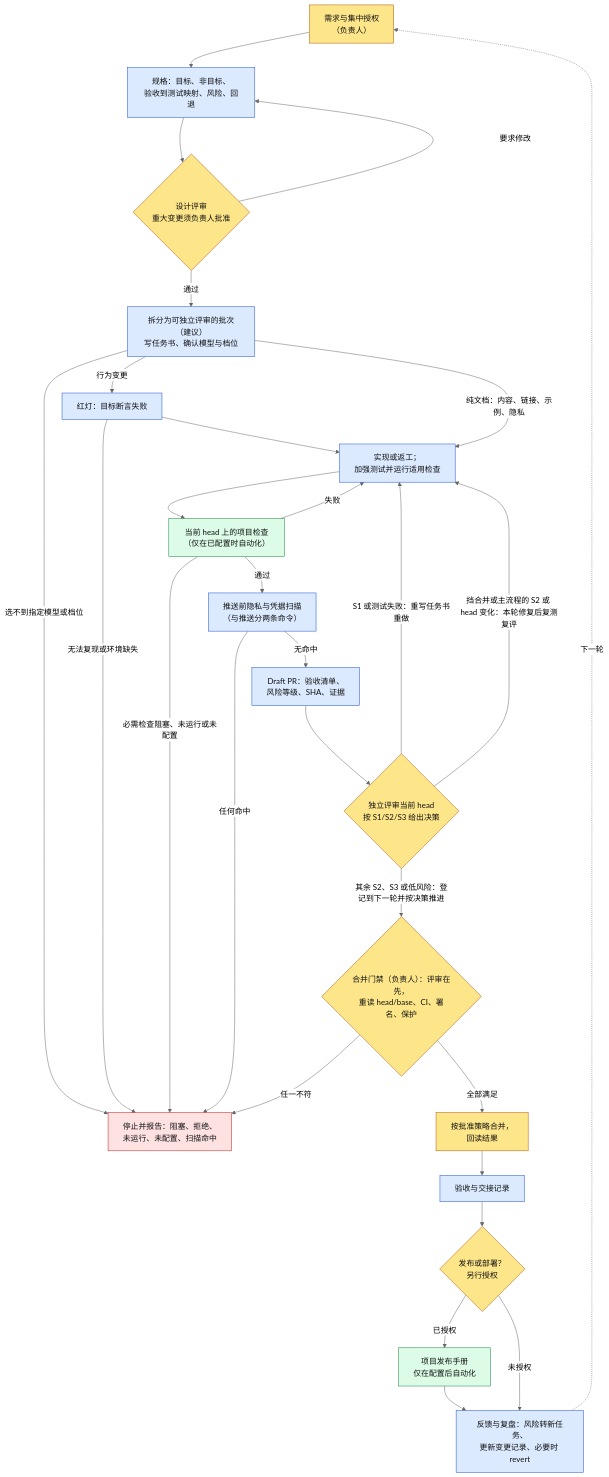
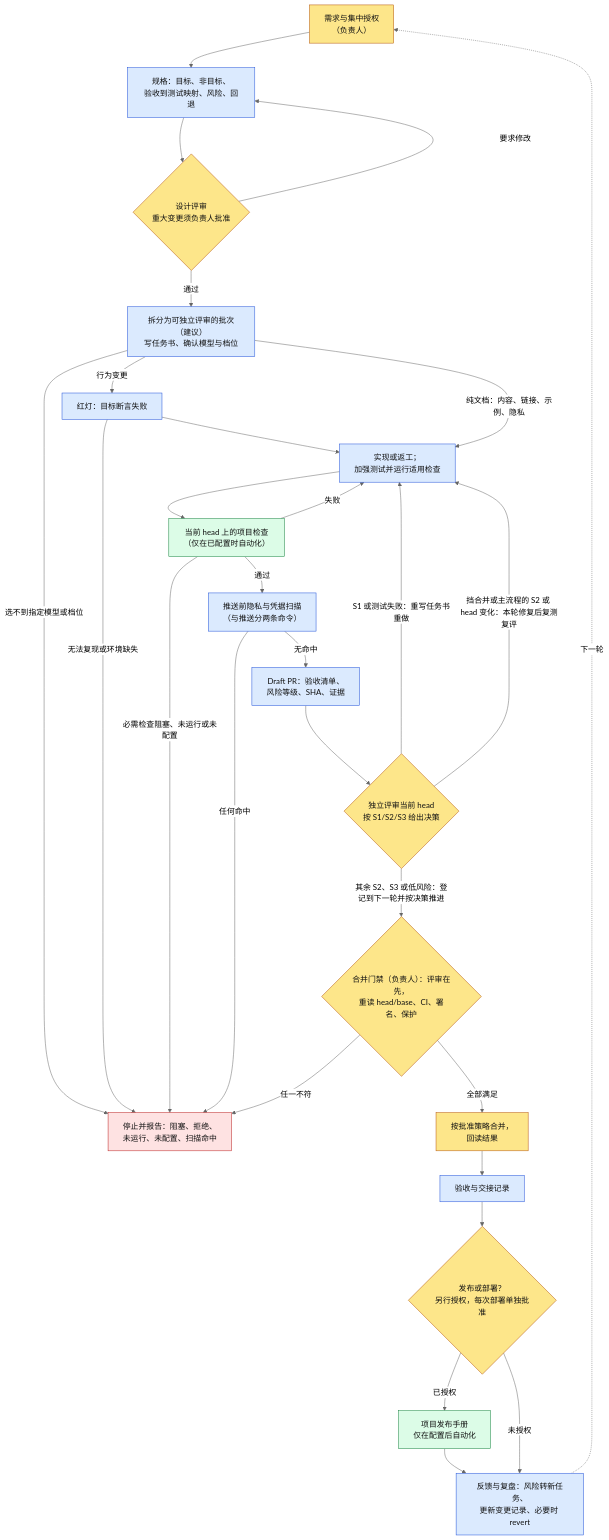
The diagram in README.md (2mauis/workflow-template), drawn with Mermaid (neutral theme) before and after one commit. The commit also changed other lines of this file and 13 other files, not shown here.

````diff
--- a/README.md
+++ b/README.md
@@ -159,49 +164,49 @@
 ```mermaid
 flowchart TD
   classDef ai fill:#dbeafe,stroke:#1d4ed8,color:#111
   classDef human fill:#fde68a,stroke:#b45309,color:#111
   classDef auto fill:#dcfce7,stroke:#15803d,color:#111
   classDef stop fill:#fee2e2,stroke:#b91c1c,color:#111
 
 
   A["需求与集中授权<br/>（负责人）"]:::human
   B["规格：目标、非目标、<br/>验收到测试映射、风险、回退"]:::ai
   C{"设计评审<br/>重大变更须负责人批准"}:::human
   D["拆分为可独立评审的批次（建议）<br/>写任务书、确认模型与档位"]:::ai
   E["红灯：目标断言失败"]:::ai
   F["实现或返工；<br/>加强测试并运行适用检查"]:::ai
   G["当前 head 上的项目检查<br/>（仅在已配置时自动化）"]:::auto
   P["推送前隐私与凭据扫描<br/>（与推送分两条命令）"]:::ai
   H["Draft PR：验收清单、<br/>风险等级、SHA、证据"]:::ai
   I{"独立评审当前 head<br/>按 S1/S2/S3 给出决策"}:::human
   J{"合并门禁（负责人）：评审在先，<br/>重读 head/base、CI、署名、保护"}:::human
   K["按批准策略合并，<br/>回读结果"]:::human
   L["验收与交接记录"]:::ai
-  M{"发布或部署？<br/>另行授权"}:::human
+  M{"发布或部署？<br/>另行授权，每次部署单独批准"}:::human
   R["项目发布手册<br/>仅在配置后自动化"]:::auto
   N["反馈与复盘：风险转新任务、<br/>更新变更记录、必要时 revert"]:::ai
   S["停止并报告：阻塞、拒绝、<br/>未运行、未配置、扫描命中"]:::stop
 
 
   A --> B --> C
   C -- "要求修改" --> B
   C -- "通过" --> D
   D -- "选不到指定模型或档位" --> S
   D -- "行为变更" --> E
   D -- "纯文档：内容、链接、示例、隐私" --> F
   E -- "无法复现或环境缺失" --> S
   E --> F --> G
   G -- "失败" --> F
   G -- "必需检查阻塞、未运行或未配置" --> S
   G -- "通过" --> P
   P -- "任何命中" --> S
   P -- "无命中" --> H --> I
   I -- "S1 或测试失败：重写任务书重做" --> F
   I -- "挡合并或主流程的 S2 或 head 变化：本轮修复后复测复评" --> F
   I -- "其余 S2、S3 或低风险：登记到下一轮并按决策推进" --> J
   J -- "任一不符" --> S
   J -- "全部满足" --> K --> L --> M
   M -- "已授权" --> R --> N
   M -- "未授权" --> N
   N -. "下一轮" .-> A
 ```
````
